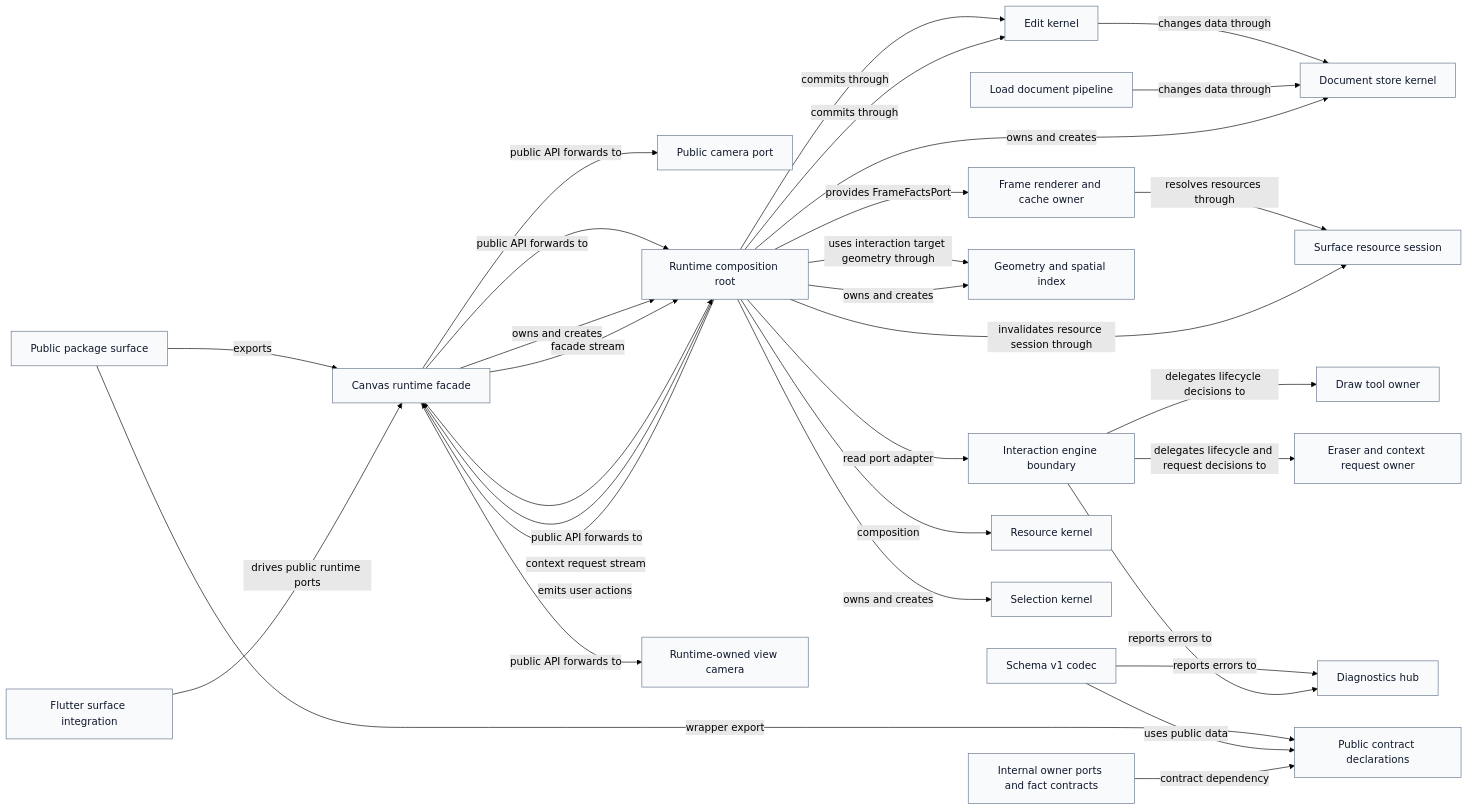
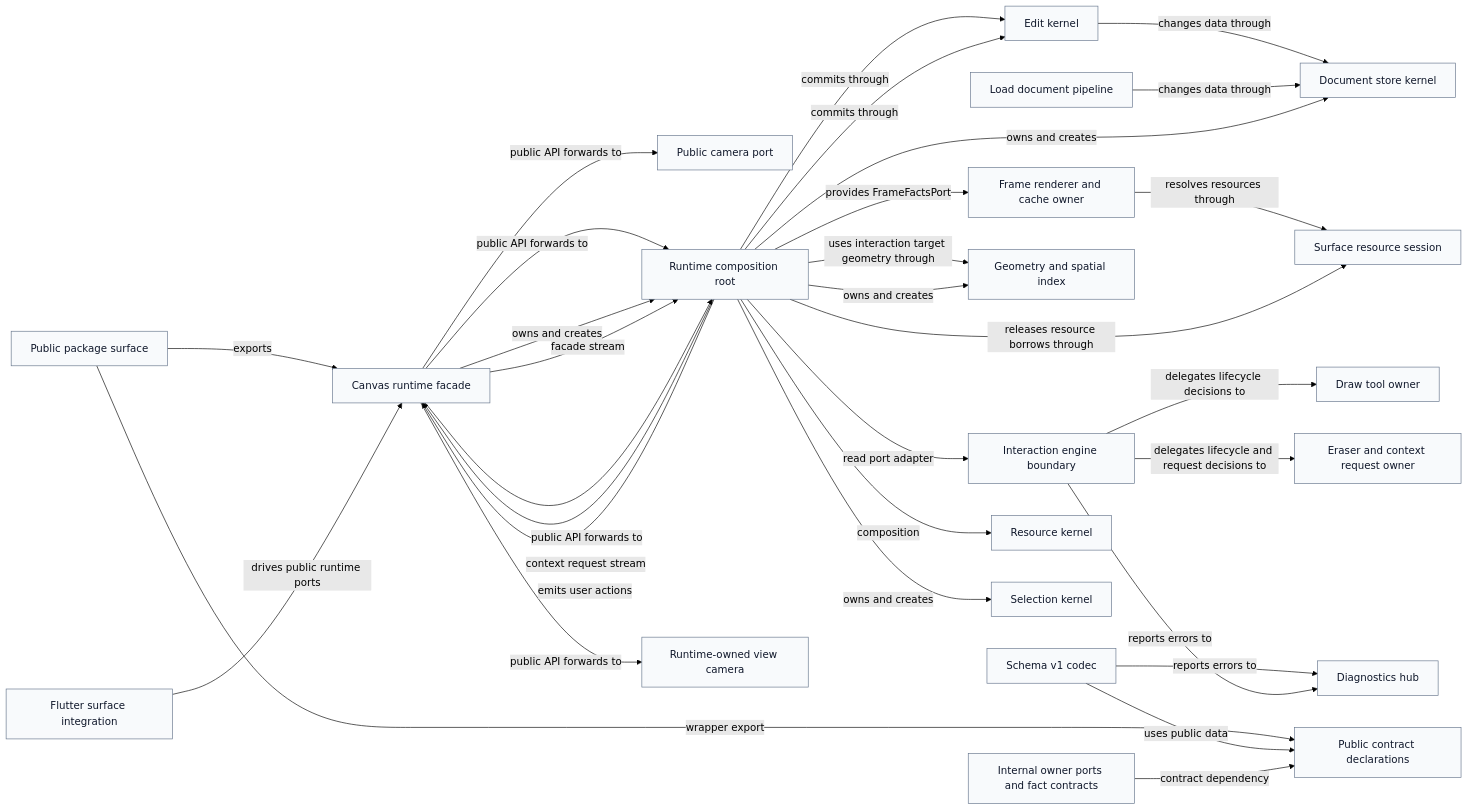
Before and after one commit to GreatPika/iwb_canvas_engine: the diagram in docs/diagrams/generated/actual_vs_expected_diff.mmd, drawn with Mermaid (forest theme). The commit also changed 35 other files, not shown here.

```diff
--- a/docs/diagrams/generated/actual_vs_expected_diff.mmd
+++ b/docs/diagrams/generated/actual_vs_expected_diff.mmd
@@ -1,57 +1,57 @@
 %% GENERATED FILE. Do not edit by hand.
 %% Source: docs/architecture/architecture_graph.yaml
 %% View: Actual vs expected current diff
 flowchart LR
   api_camera_port["Public camera port"]:::ok
   api_canvas_runtime["Canvas runtime facade"]:::ok
   api_public_surface["Public package surface"]:::ok
   codec_schema_v1["Schema v1 codec"]:::ok
   contracts_internal_ports["Internal owner ports and fact contracts"]:::ok
   contracts_public["Public contract declarations"]:::ok
   diagnostics_hub["Diagnostics hub"]:::ok
   draw_tools["Draw tool owner"]:::ok
   edit_kernel["Edit kernel"]:::ok
   eraser_context_request["Eraser and context request owner"]:::ok
   flutter_surface["Flutter surface integration"]:::ok
   frame_renderer["Frame renderer and cache owner"]:::ok
   geometry_spatial_index["Geometry and spatial index"]:::ok
   interaction_engine["Interaction engine boundary"]:::ok
   load_document_pipeline["Load document pipeline"]:::ok
   resource_kernel["Resource kernel"]:::ok
   resource_surface_session["Surface resource session"]:::ok
   runtime_root["Runtime composition root"]:::ok
   runtime_view_camera["Runtime-owned view camera"]:::ok
   selection_kernel["Selection kernel"]:::ok
   store_document_kernel["Document store kernel"]:::ok
   api_canvas_runtime -->|public API forwards to| runtime_view_camera
   api_canvas_runtime -->|public API forwards to| runtime_root
   api_canvas_runtime -->|owns and creates| runtime_root
   api_canvas_runtime -->|facade stream| runtime_root
   api_canvas_runtime -->|public API forwards to| api_camera_port
   api_canvas_runtime -->|public API forwards to| runtime_root
   api_public_surface -->|exports| api_canvas_runtime
   api_public_surface -->|wrapper export| contracts_public
   codec_schema_v1 -->|reports errors to| diagnostics_hub
   codec_schema_v1 -->|uses public data| contracts_public
   contracts_internal_ports -->|contract dependency| contracts_public
   runtime_root -->|commits through| edit_kernel
   interaction_engine -->|delegates lifecycle decisions to| draw_tools
   edit_kernel -->|changes data through| store_document_kernel
   runtime_root -->|commits through| edit_kernel
   interaction_engine -->|delegates lifecycle and request decisions to| eraser_context_request
   runtime_root -->|context request stream| api_canvas_runtime
   runtime_root -->|uses interaction target geometry through| geometry_spatial_index
   flutter_surface -->|drives public runtime ports| api_canvas_runtime
   frame_renderer -->|resolves resources through| resource_surface_session
   interaction_engine -->|reports errors to| diagnostics_hub
   load_document_pipeline -->|changes data through| store_document_kernel
   runtime_root -->|owns and creates| geometry_spatial_index
   runtime_root -->|provides FrameFactsPort| frame_renderer
   runtime_root -->|emits user actions| api_canvas_runtime
-  runtime_root -->|invalidates resource session through| resource_surface_session
   runtime_root -->|composition| resource_kernel
   runtime_root -->|owns and creates| selection_kernel
   runtime_root -->|owns and creates| store_document_kernel
   runtime_root -->|read port adapter| interaction_engine
+  runtime_root -->|releases resource borrows through| resource_surface_session
   classDef ok fill:#f8fafc,stroke:#64748b,color:#0f172a
   classDef violation fill:#fee2e2,stroke:#dc2626,color:#7f1d1d
```
